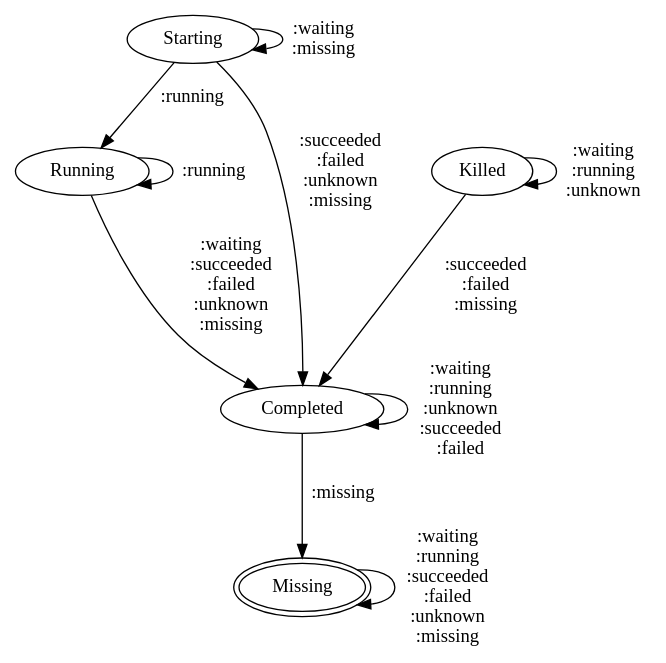
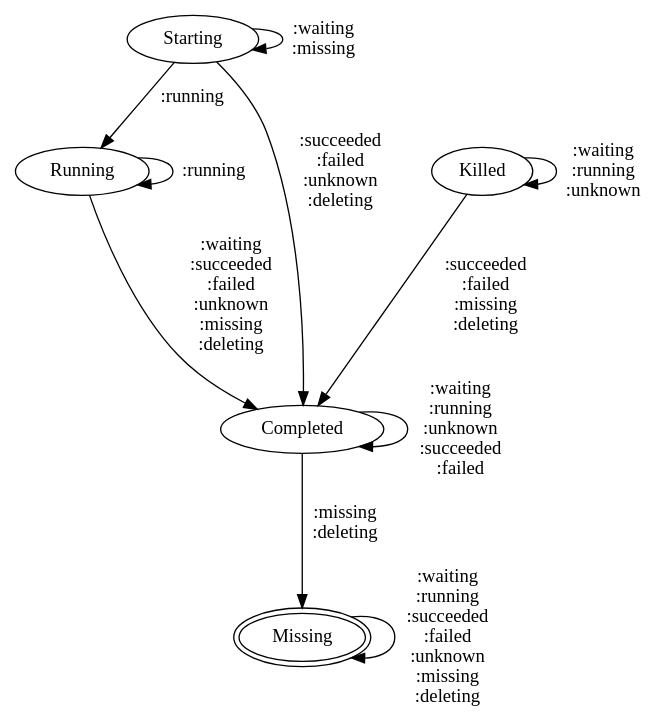
One commit to twosigma/Cook changed the diagram in scheduler/docs/kubernetes-state.dot. Above: the diagram before and after it, drawn with Graphviz. The commit also changed 3 other files, not shown here.

```diff
--- a/scheduler/docs/kubernetes-state.dot
+++ b/scheduler/docs/kubernetes-state.dot
@@ -1,21 +1,21 @@
 # A graph showing valid transitions from expected states to expected states. Edges are annotated with
-# which kubernetes staes the system may be in when it makes the transition.
+# which kubernetes states the system may be in when it makes the transition.
 
 digraph g {
         Starting -> Starting [label=":waiting\n:missing"]
         Starting -> Running [label=":running"]
         // (Starting, missing) -> Completed happens for some failed pod submissions
-        Starting -> Completed [label=":succeeded\n:failed\n:unknown\n:missing"]
+        Starting -> Completed [label=":succeeded\n:failed\n:unknown\n:deleting"]
 
         Running -> Running [label=":running"]
-        Running -> Completed [label=":waiting\n:succeeded\n:failed\n:unknown\n:missing"]
+        Running -> Completed [label=":waiting\n:succeeded\n:failed\n:unknown\n:missing\n:deleting"]
 
         Completed -> Completed [label=":waiting\n:running\n:unknown\n:succeeded\n:failed"]
-        Completed -> Missing [label=":missing"]
+        Completed -> Missing [label=":missing\n:deleting"]
 
         Killed -> Killed [label=":waiting\n:running\n:unknown\n"]
-        Killed -> Completed [label=":succeeded\n:failed\n:missing"]
+        Killed -> Completed [label=":succeeded\n:failed\n:missing\n:deleting"]
 
         Missing [peripheries=2]
-        Missing -> Missing [label=":waiting\n:running\n:succeeded\n:failed\n:unknown\n:missing"]
+        Missing -> Missing [label=":waiting\n:running\n:succeeded\n:failed\n:unknown\n:missing\n:deleting"]
 }
```
